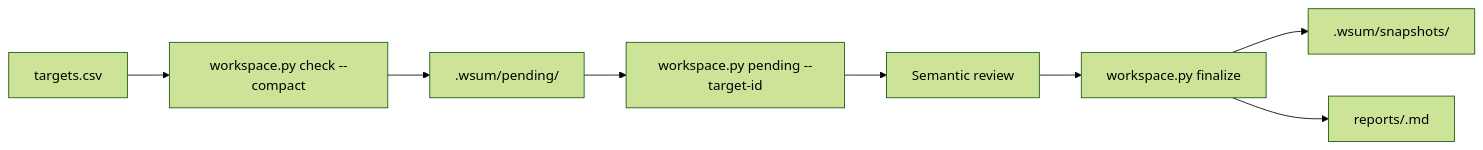
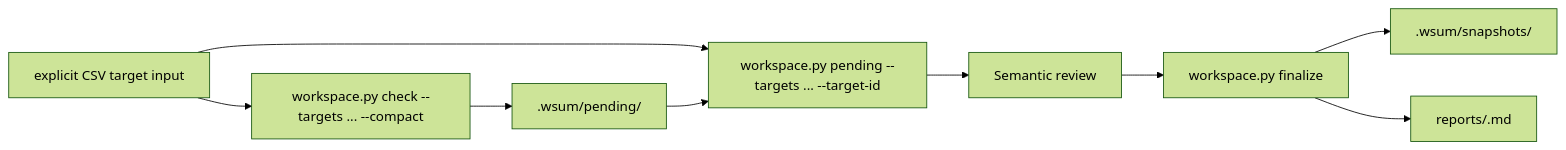
The first of 2 diagrams in skills/web-update-monitor/SKILL.md (dceoy/wsum), drawn with Mermaid (forest theme) before and after one commit. The commit also changed other lines of this file, not shown here.

Commit message:
Document explicit target input contract

````diff
--- a/skills/web-update-monitor/SKILL.md
+++ b/skills/web-update-monitor/SKILL.md
@@ -20,10 +20,11 @@
 ```mermaid
 flowchart LR
-    A["targets.csv"] --> B["workspace.py check --compact"]
+    A["explicit CSV target input"] --> B["workspace.py check --targets ... --compact"]
     B --> C[".wsum/pending/<target-id>"]
-    C --> D["workspace.py pending --target-id"]
+    A --> D["workspace.py pending --targets ... --target-id"]
+    C --> D
     D --> E["Semantic review"]
     E --> F["workspace.py finalize"]
     F --> G[".wsum/snapshots/"]
     F --> H["reports/<run-id>.md"]
 ```
````
